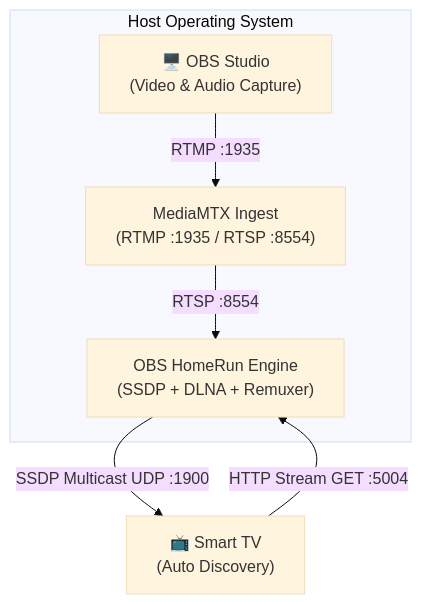
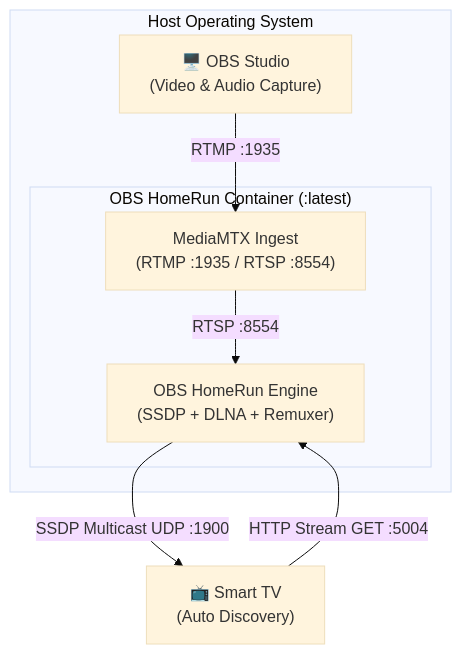
Before and after one commit to bradwestness/obs-homerun: the diagram in docs/host-os-setup.md, drawn with Mermaid (base theme). The commit also changed other lines of this file and 7 other files, not shown here.

````diff
--- a/docs/host-os-setup.md
+++ b/docs/host-os-setup.md
@@ -43,14 +50,17 @@
 ```mermaid
 flowchart TD
     subgraph Host ["Host Operating System"]
         OBS["🖥️ OBS Studio<br/>(Video & Audio Capture)"]
-        MTX["MediaMTX Ingest<br/>(RTMP :1935 / RTSP :8554)"]
-        HOMERUN["OBS HomeRun Engine<br/>(SSDP + DLNA + Remuxer)"]
+        
+        subgraph Container ["OBS HomeRun Container (:latest)"]
+            MTX["MediaMTX Ingest<br/>(RTMP :1935 / RTSP :8554)"]
+            ENGINE["OBS HomeRun Engine<br/>(SSDP + DLNA + Remuxer)"]
+            MTX -->|RTSP :8554| ENGINE
+        end
         
         OBS -->|RTMP :1935| MTX
-        MTX -->|RTSP :8554| HOMERUN
     end
 
-    HOMERUN -->|SSDP Multicast UDP :1900| TV["📺 Smart TV<br/>(Auto Discovery)"]
-    TV -->|HTTP Stream GET :5004| HOMERUN
+    ENGINE -->|SSDP Multicast UDP :1900| TV["📺 Smart TV<br/>(Auto Discovery)"]
+    TV -->|HTTP Stream GET :5004| ENGINE
 ```
````
